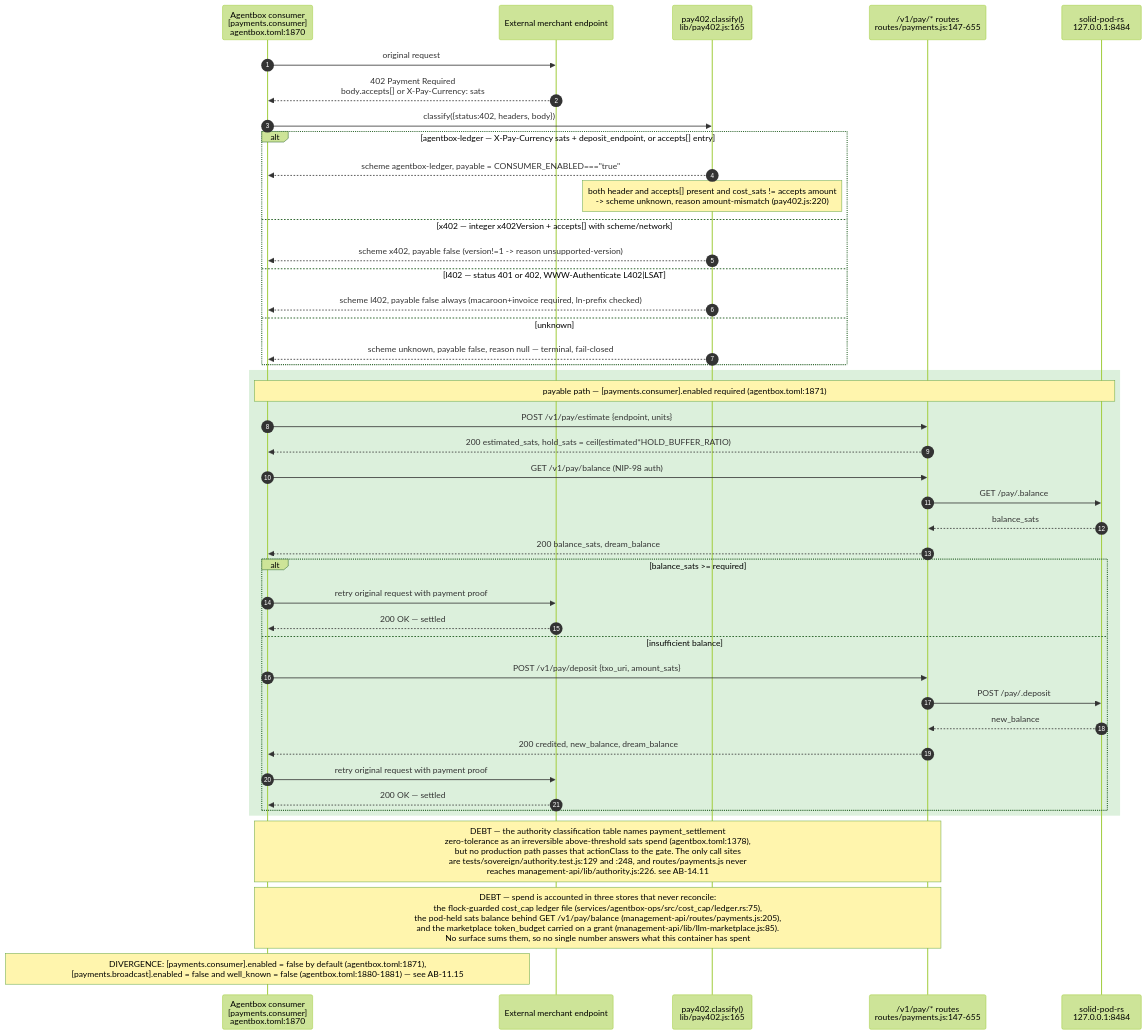
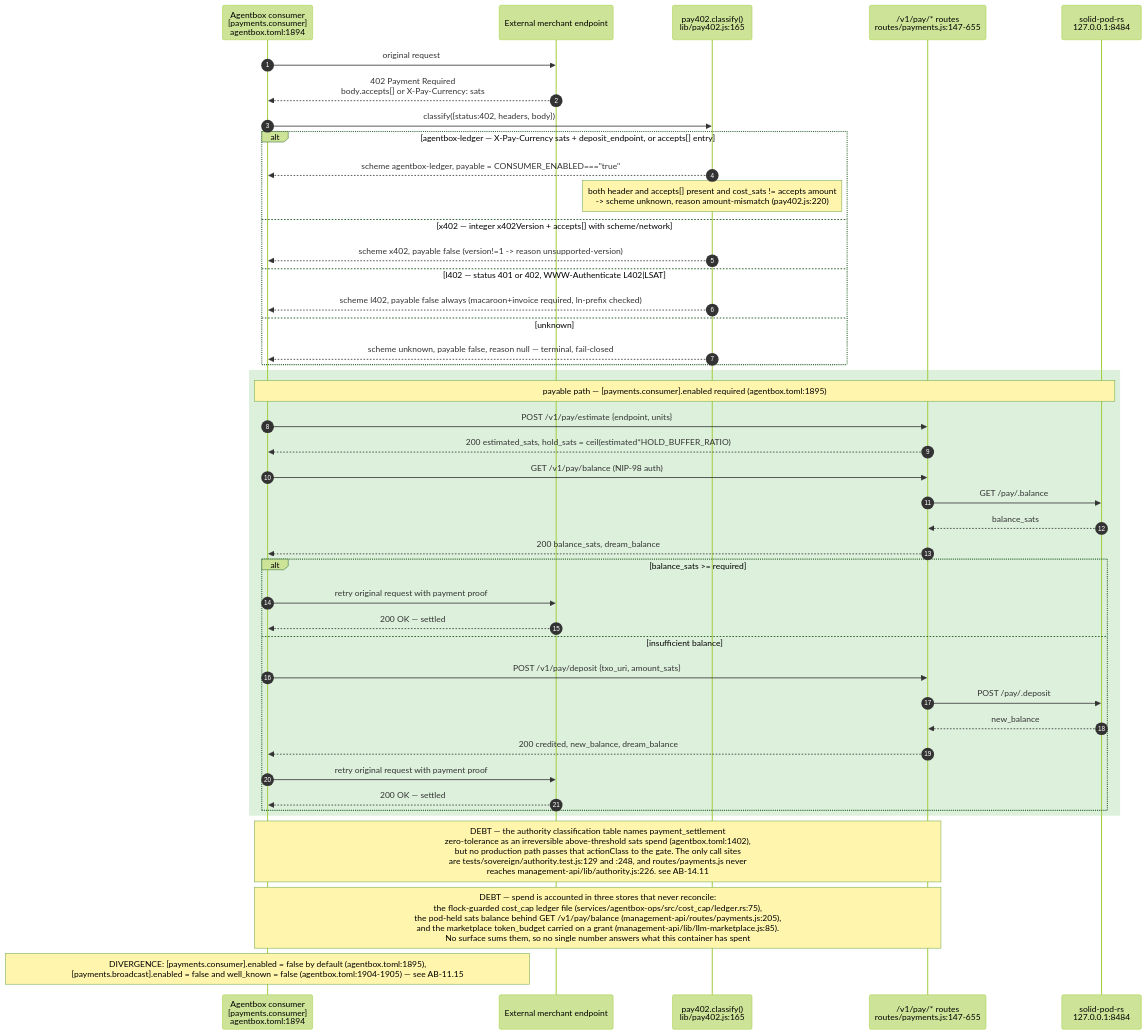
The sixth of 15 diagrams in docs/diagrams/agentbox/15-capability-gating-spend-consultants.md (DreamLab-AI/VisionFlow), drawn with Mermaid (forest theme) before and after one commit. The commit also changed other lines of this file and 145 other files, not shown here.

````diff
--- a/docs/diagrams/agentbox/15-capability-gating-spend-consultants.md
+++ b/docs/diagrams/agentbox/15-capability-gating-spend-consultants.md
@@ -287,47 +290,47 @@
 ```mermaid
 sequenceDiagram
     autonumber
-    participant Agent as Agentbox consumer<br/>[payments.consumer]<br/>agentbox.toml:1870
+    participant Agent as Agentbox consumer<br/>[payments.consumer]<br/>agentbox.toml:1894
     participant Merchant as External merchant endpoint
     participant Classify as pay402.classify()<br/>lib/pay402.js:165
     participant Pay as /v1/pay/* routes<br/>routes/payments.js:147-655
     participant Pod as solid-pod-rs<br/>127.0.0.1:8484
 
     Agent->>Merchant: original request
     Merchant-->>Agent: 402 Payment Required<br/>body.accepts[] or X-Pay-Currency: sats
     Agent->>Classify: classify({status:402, headers, body})
     alt agentbox-ledger — X-Pay-Currency sats + deposit_endpoint, or accepts[] entry
         Classify-->>Agent: scheme agentbox-ledger, payable = CONSUMER_ENABLED==="true"
         Note over Classify: both header and accepts[] present and cost_sats != accepts amount<br/>-> scheme unknown, reason amount-mismatch (pay402.js:220)
     else x402 — integer x402Version + accepts[] with scheme/network
         Classify-->>Agent: scheme x402, payable false #40;version!=1 -> reason unsupported-version#41;
     else l402 — status 401 or 402, WWW-Authenticate L402#124;LSAT
         Classify-->>Agent: scheme l402, payable false always #40;macaroon+invoice required, ln-prefix checked#41;
     else unknown
         Classify-->>Agent: scheme unknown, payable false, reason null — terminal, fail-closed
     end
 
     rect rgb(220,240,220)
-    Note over Agent,Pod: payable path — [payments.consumer].enabled required (agentbox.toml:1871)
+    Note over Agent,Pod: payable path — [payments.consumer].enabled required (agentbox.toml:1895)
     Agent->>Pay: POST /v1/pay/estimate {endpoint, units}
     Pay-->>Agent: 200 estimated_sats, hold_sats = ceil(estimated*HOLD_BUFFER_RATIO)
     Agent->>Pay: GET /v1/pay/balance (NIP-98 auth)
     Pay->>Pod: GET /pay/.balance
     Pod-->>Pay: balance_sats
     Pay-->>Agent: 200 balance_sats, dream_balance
     alt balance_sats #62;#61; required
         Agent->>Merchant: retry original request with payment proof
         Merchant-->>Agent: 200 OK — settled
     else insufficient balance
         Agent->>Pay: POST /v1/pay/deposit {txo_uri, amount_sats}
         Pay->>Pod: POST /pay/.deposit
         Pod-->>Pay: new_balance
         Pay-->>Agent: 200 credited, new_balance, dream_balance
         Agent->>Merchant: retry original request with payment proof
         Merchant-->>Agent: 200 OK — settled
     end
     end
-    Note over Agent,Pay: DEBT — the authority classification table names payment_settlement<br/>zero-tolerance as an irreversible above-threshold sats spend (agentbox.toml:1378),<br/>but no production path passes that actionClass to the gate. The only call sites<br/>are tests/sovereign/authority.test.js:129 and :248, and routes/payments.js never<br/>reaches management-api/lib/authority.js:226. see AB-14.11
+    Note over Agent,Pay: DEBT — the authority classification table names payment_settlement<br/>zero-tolerance as an irreversible above-threshold sats spend (agentbox.toml:1402),<br/>but no production path passes that actionClass to the gate. The only call sites<br/>are tests/sovereign/authority.test.js:129 and :248, and routes/payments.js never<br/>reaches management-api/lib/authority.js:226. see AB-14.11
     Note over Agent,Pay: DEBT — spend is accounted in three stores that never reconcile:<br/>the flock-guarded cost_cap ledger file (services/agentbox-ops/src/cost_cap/ledger.rs:75),<br/>the pod-held sats balance behind GET /v1/pay/balance (management-api/routes/payments.js:205),<br/>and the marketplace token_budget carried on a grant (management-api/lib/llm-marketplace.js:85).<br/>No surface sums them, so no single number answers what this container has spent
-    Note over Agent: DIVERGENCE: #91;payments.consumer#93;.enabled = false by default #40;agentbox.toml:1871#41;,<br/>#91;payments.broadcast#93;.enabled = false and well_known = false #40;agentbox.toml:1880-1881#41; — see AB-11.15
+    Note over Agent: DIVERGENCE: #91;payments.consumer#93;.enabled = false by default #40;agentbox.toml:1895#41;,<br/>#91;payments.broadcast#93;.enabled = false and well_known = false #40;agentbox.toml:1904-1905#41; — see AB-11.15
 ```
````
